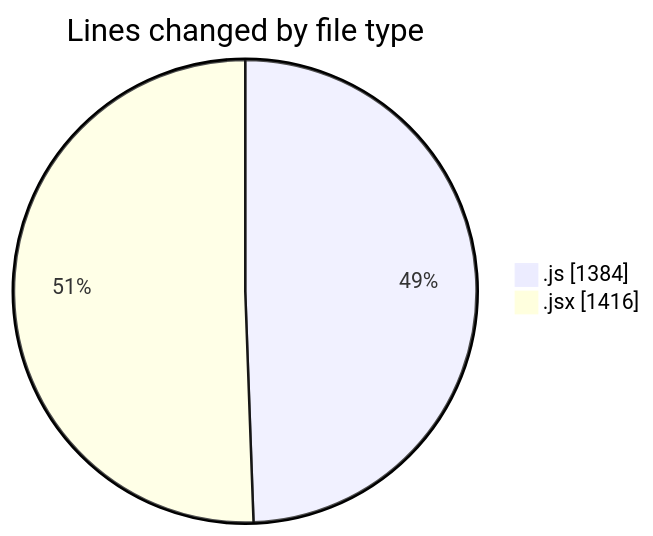
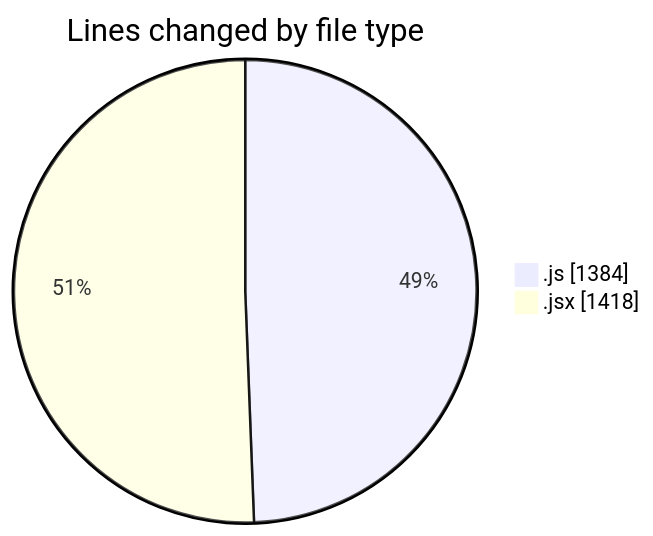
Before and after one commit to nxtqubesakshisongat/code-tracking: the first of 2 diagrams in 2025-07-29/nxtqube_webapp/README.md, drawn with Mermaid. The commit also changed other lines of this file and 1 other file, not shown here.

````diff
--- a/2025-07-29/nxtqube_webapp/README.md
+++ b/2025-07-29/nxtqube_webapp/README.md
@@ -27,6 +27,6 @@
 ```mermaid
 pie showData
 title Lines changed by file type
 ".js" : 1384
-".jsx" : 1416
+".jsx" : 1418
 ```
````
